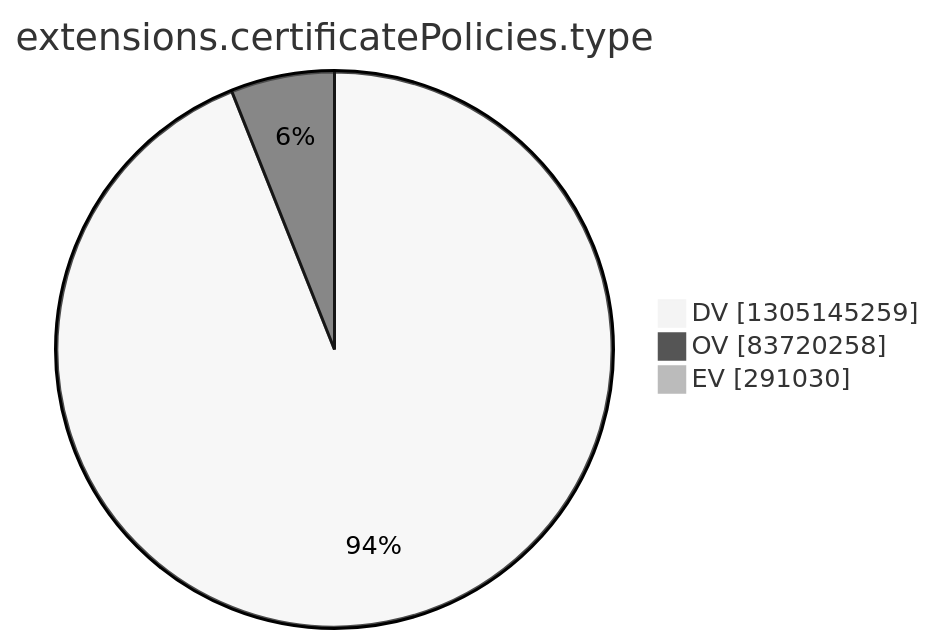
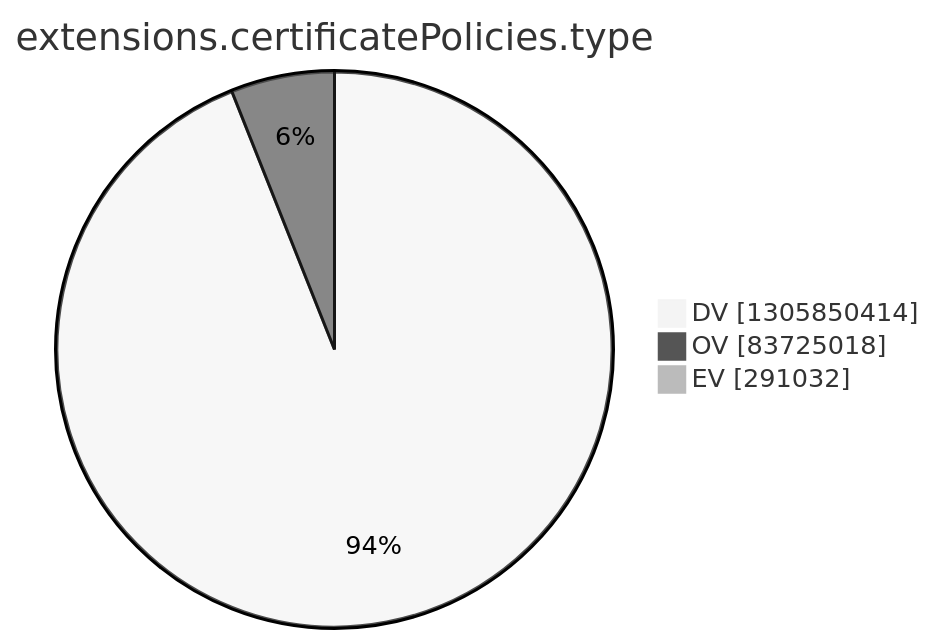
The tenth of 15 diagrams in argon2022/README.md (christiankrug/ctmonitor_visualization), drawn with Mermaid (neutral theme) before and after one commit. The commit also changed other lines of this file, not shown here.

````diff
--- a/argon2022/README.md
+++ b/argon2022/README.md
@@ -2772,7 +2772,7 @@
 ```mermaid
 pie showData
 title extensions.certificatePolicies.type
-"DV" :1305145259
-"OV" :83720258
-"EV" :291030
+"DV" :1305850414
+"OV" :83725018
+"EV" :291032
 ```
````
